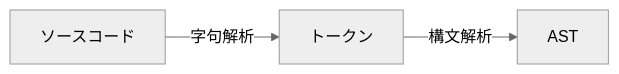
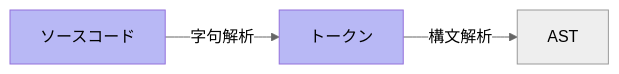
The diagram in slides/pages/10.what-lexe.md (ren-yamanashi/2025-05-24_ts_kaigi), drawn with Mermaid (neutral theme) before and after one commit. The commit also changed other lines of this file and 3 other files, not shown here.

````diff
--- a/slides/pages/10.what-lexe.md
+++ b/slides/pages/10.what-lexe.md
@@ -15,5 +15,9 @@
 ```mermaid
 flowchart LR
 
 ソースコード --字句解析--> トークン --構文解析--> AST
+
+classDef hover fill:#b8b8f5,color:#eeeee,stroke:#9370DB
+class ソースコード hover
+class トークン hover
 ```
````
